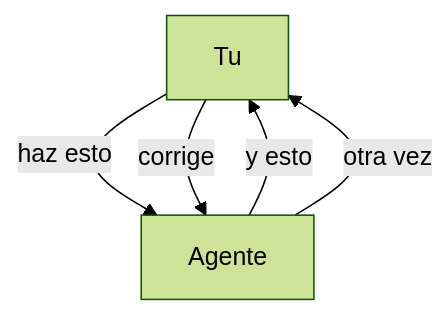
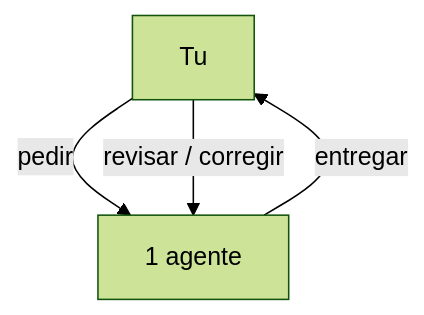
One commit to SERGIOIVORRA/Manual-Software-Factory-ES changed the first of 4 diagrams in README.md. Above: the diagram before and after it, drawn with Mermaid (forest theme). The commit also changed other lines of this file and 1 other file, not shown here.

````diff
--- a/README.md
+++ b/README.md
@@ -13,7 +21,6 @@
 ```mermaid
 flowchart TD
-  U[Tu] -->|haz esto| A[Agente]
-  A -->|y esto| U
-  U -->|corrige| A
-  A -->|otra vez| U
+  U[Tu] -->|pedir| A[1 agente]
+  A -->|entregar| U
+  U -->|revisar / corregir| A
 ```
````
